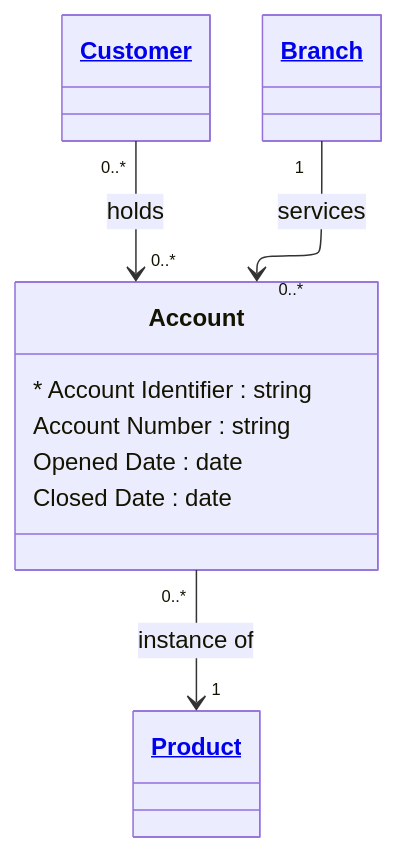
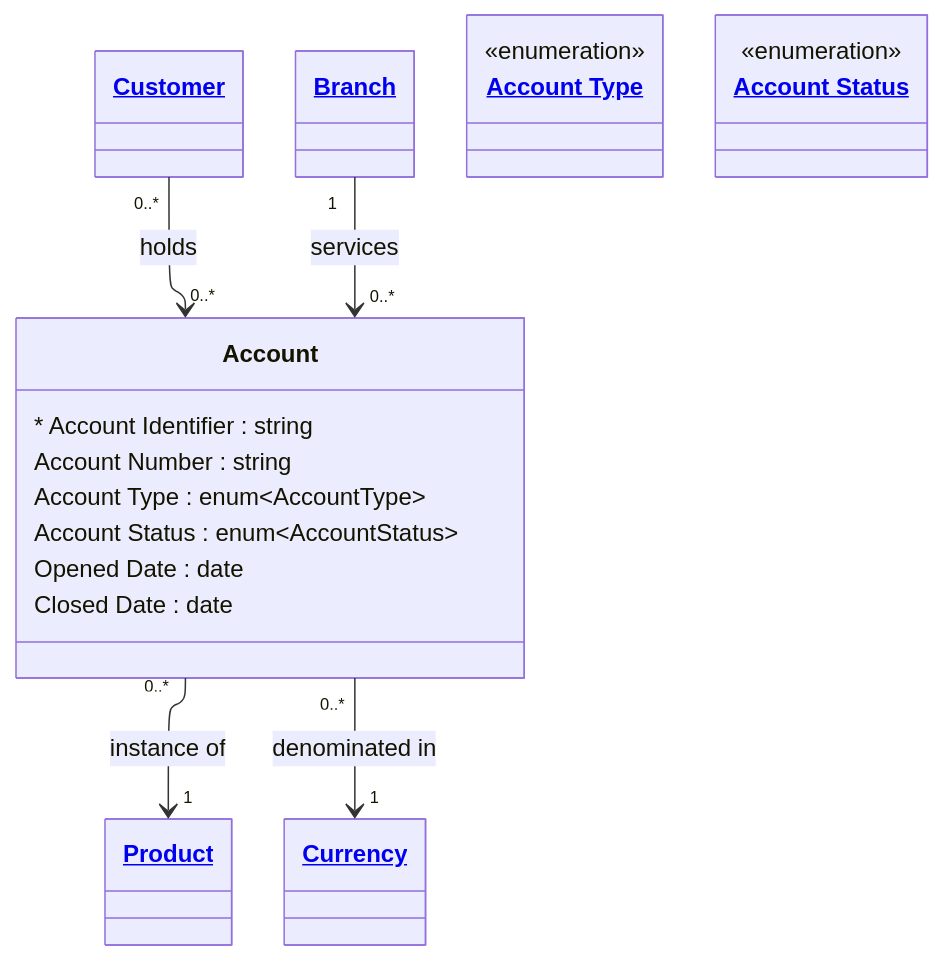
The diagram in examples/Financial Crime/entities/account.md (Semprini/md-ddl), drawn with Mermaid before and after one commit. The commit also changed other lines of this file and 12 other files, not shown here.

````diff
--- a/examples/Financial Crime/entities/account.md
+++ b/examples/Financial Crime/entities/account.md
@@ -9,21 +9,28 @@
 ```mermaid
 ---
 config:
   layout: elk
 ---
 classDiagram
   class Account{
     * Account Identifier : string
     Account Number : string
+    Account Type : enum~AccountType~
+    Account Status : enum~AccountStatus~    
     Opened Date : date
     Closed Date : date
   }
 
   Customer "0..*" --> "0..*" Account : holds
   Account "0..*" --> "1" Product : instance of
+  Account "0..*" --> "1" Currency : denominated in
   Branch "1" --> "0..*" Account : services
+
+  class AccountType["<a href='../enums.md#account-type'>Account Type</a>"]{<<enumeration>>}
+  class AccountStatus["<a href='../enums.md#account-status'>Account Status</a>"]{<<enumeration>>}
 
   class Customer["<a href='customer.md'>Customer</a>"]
   class Product["<a href='product.md'>Product</a>"]
+  class Currency["<a href='currency.md'>Currency</a>"]
   class Branch["<a href='branch.md'>Branch</a>"]
 ```
````
